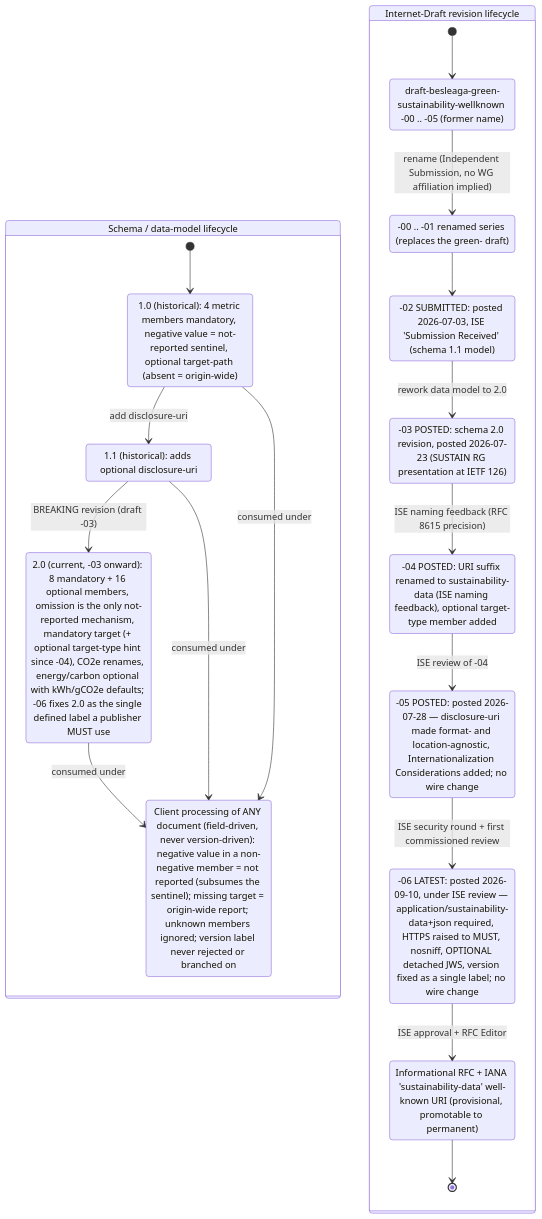
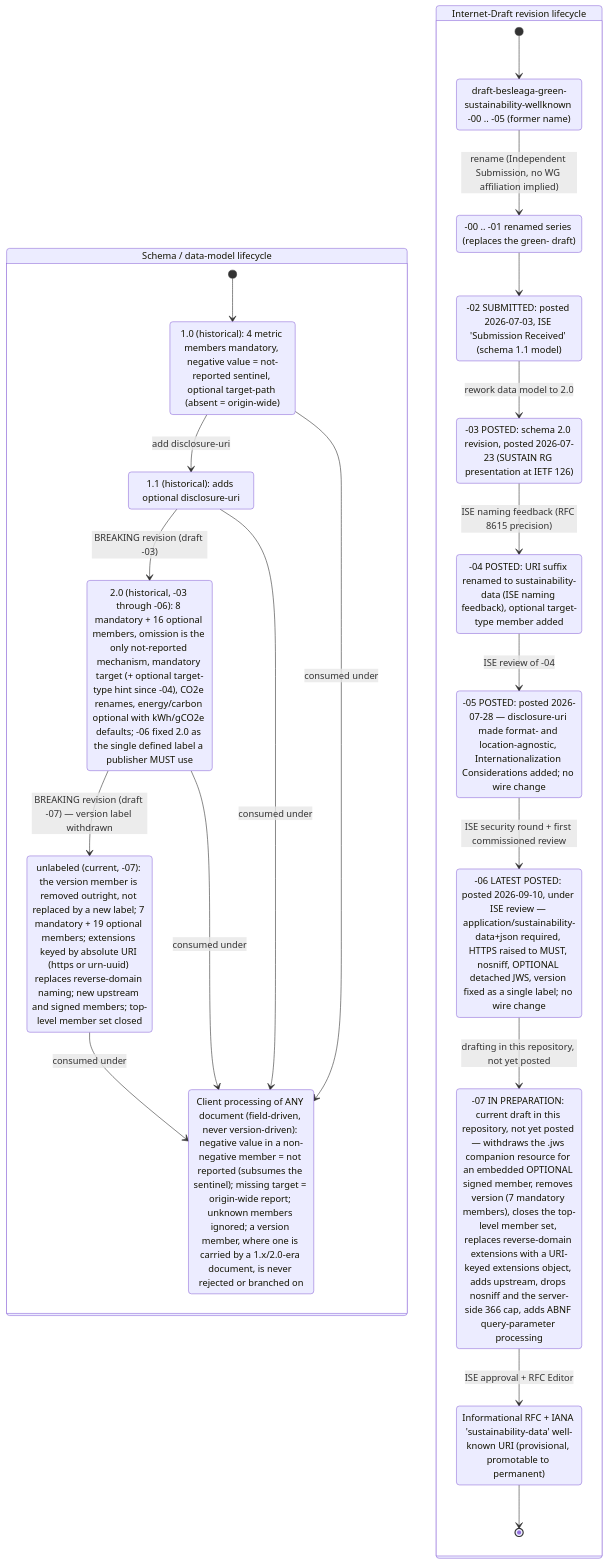
One commit to andreibesleaga/rfc-sustainability-wellknown changed the fifth of 10 diagrams in architecture/README.md. Above: the diagram before and after it, drawn with Mermaid. The commit also changed other lines of this file and 209 other files, not shown here.

Commit message:
draft -07: one resource, embedded signature, URI-keyed extensions, upstream declarations; libraries 0.7.0; SFC profile

````diff
--- a/architecture/README.md
+++ b/architecture/README.md
@@ -410,37 +508,42 @@
 ```mermaid
 stateDiagram-v2
     state "Schema / data-model lifecycle" as SCHEMA {
         state "1.0 (historical): 4 metric members mandatory, negative value = not-reported sentinel, optional target-path (absent = origin-wide)" as V10
         state "1.1 (historical): adds optional disclosure-uri" as V11
-        state "2.0 (current, -03 onward): 8 mandatory + 16 optional members, omission is the only not-reported mechanism, mandatory target (+ optional target-type hint since -04), CO2e renames, energy/carbon optional with kWh/gCO2e defaults; -06 fixes 2.0 as the single defined label a publisher MUST use" as V20
-        state "Client processing of ANY document (field-driven, never version-driven): negative value in a non-negative member = not reported (subsumes the sentinel); missing target = origin-wide report; unknown members ignored; version label never rejected or branched on" as COMPAT
+        state "2.0 (historical, -03 through -06): 8 mandatory + 16 optional members, omission is the only not-reported mechanism, mandatory target (+ optional target-type hint since -04), CO2e renames, energy/carbon optional with kWh/gCO2e defaults; -06 fixed 2.0 as the single defined label a publisher MUST use" as V20
+        state "unlabeled (current, -07): the version member is removed outright, not replaced by a new label; 7 mandatory + 19 optional members; extensions keyed by absolute URI (https or urn-uuid) replaces reverse-domain naming; new upstream and signed members; top-level member set closed" as V07
+        state "Client processing of ANY document (field-driven, never version-driven): negative value in a non-negative member = not reported (subsumes the sentinel); missing target = origin-wide report; unknown members ignored; a version member, where one is carried by a 1.x/2.0-era document, is never rejected or branched on" as COMPAT
 
         [*] --> V10
         V10 --> V11 : add disclosure-uri
         V11 --> V20 : BREAKING revision (draft -03)
+        V20 --> V07 : BREAKING revision (draft -07) — version label withdrawn
         V20 --> COMPAT : consumed under
         V11 --> COMPAT : consumed under
         V10 --> COMPAT : consumed under
+        V07 --> COMPAT : consumed under
     }
 
     state "Internet-Draft revision lifecycle" as DRAFT {
         state "draft-besleaga-green-sustainability-wellknown -00 .. -05 (former name)" as GREEN
         state "-00 .. -01 renamed series (replaces the green- draft)" as EARLY
         state "-02 SUBMITTED: posted 2026-07-03, ISE 'Submission Received' (schema 1.1 model)" as SUBMITTED
         state "-03 POSTED: schema 2.0 revision, posted 2026-07-23 (SUSTAIN RG presentation at IETF 126)" as POSTED
         state "-04 POSTED: URI suffix renamed to sustainability-data (ISE naming feedback), optional target-type member added" as POSTED4
         state "-05 POSTED: posted 2026-07-28 — disclosure-uri made format- and location-agnostic, Internationalization Considerations added; no wire change" as POSTED5
-        state "-06 LATEST: posted 2026-09-10, under ISE review — application/sustainability-data+json required, HTTPS raised to MUST, nosniff, OPTIONAL detached JWS, version fixed as a single label; no wire change" as POSTED6
+        state "-06 LATEST POSTED: posted 2026-09-10, under ISE review — application/sustainability-data+json required, HTTPS raised to MUST, nosniff, OPTIONAL detached JWS, version fixed as a single label; no wire change" as POSTED6
+        state "-07 IN PREPARATION: current draft in this repository, not yet posted — withdraws the .jws companion resource for an embedded OPTIONAL signed member, removes version (7 mandatory members), closes the top-level member set, replaces reverse-domain extensions with a URI-keyed extensions object, adds upstream, drops nosniff and the server-side 366 cap, adds ABNF query-parameter processing" as POSTED7
         state "Informational RFC + IANA 'sustainability-data' well-known URI (provisional, promotable to permanent)" as RFC
 
         [*] --> GREEN
         GREEN --> EARLY : rename (Independent Submission, no WG affiliation implied)
         EARLY --> SUBMITTED
         SUBMITTED --> POSTED : rework data model to 2.0
         POSTED --> POSTED4 : ISE naming feedback (RFC 8615 precision)
         POSTED4 --> POSTED5 : ISE review of -04
         POSTED5 --> POSTED6 : ISE security round + first commissioned review
-        POSTED6 --> RFC : ISE approval + RFC Editor
+        POSTED6 --> POSTED7 : drafting in this repository, not yet posted
+        POSTED7 --> RFC : ISE approval + RFC Editor
         RFC --> [*]
     }
 ```
````
